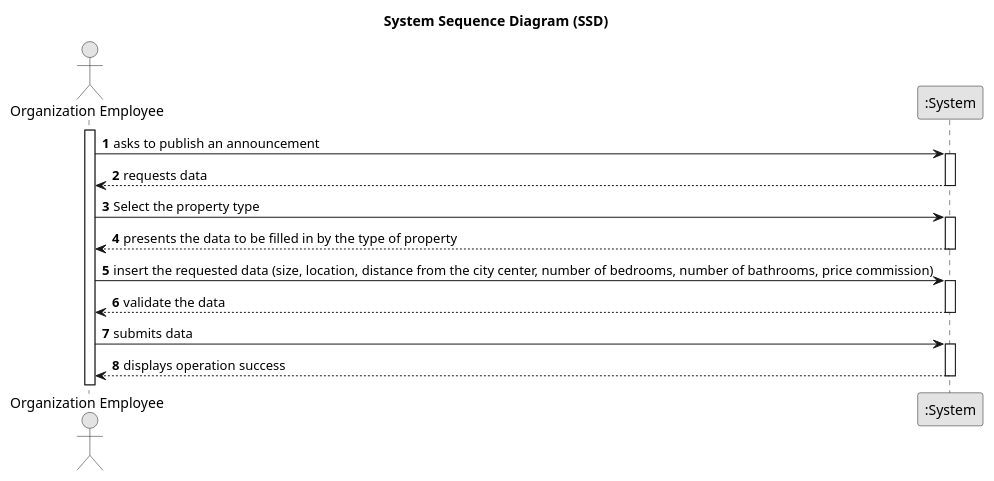
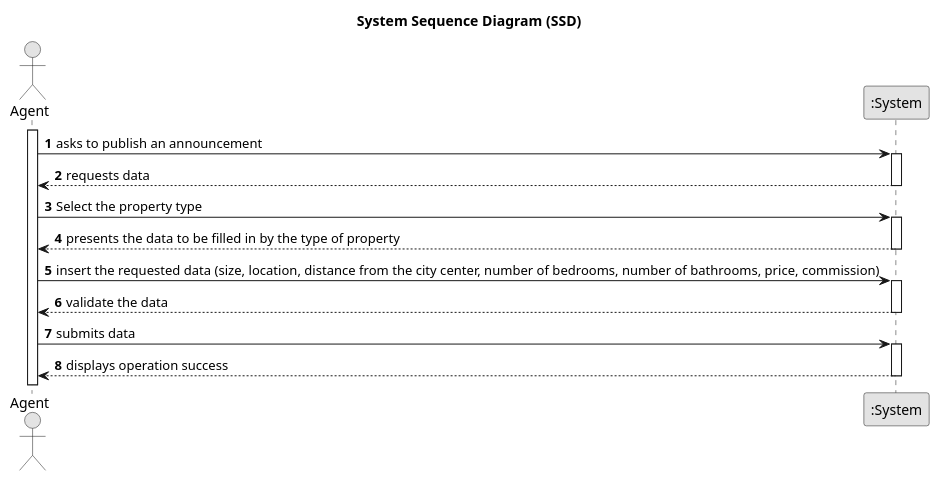
One commit to tiagohcorreia/LAPR2 changed the diagram in docs/sprintB/US02/01.requirements-engineering/puml/US2-SSD.puml. Above: the diagram before and after it, drawn with PlantUML. The commit also changed 4 other files, not shown here.

```diff
--- a/docs/sprintB/US02/01.requirements-engineering/puml/US2-SSD.puml
+++ b/docs/sprintB/US02/01.requirements-engineering/puml/US2-SSD.puml
@@ -1,40 +1,40 @@
 @startuml
 skinparam monochrome true
 skinparam packageStyle rectangle
 skinparam shadowing false
 
 title System Sequence Diagram (SSD)
 
 autonumber
 
-actor "Organization Employee" as Employee
+actor "Agent" as Employee
 participant ":System" as System
 
 activate Employee
 
     Employee -> System : asks to publish an announcement
     activate System
 
         System --> Employee : requests data
     deactivate System
 
     Employee -> System : Select the property type
     activate System
 
         System --> Employee : presents the data to be filled in by the type of property
 
     deactivate System
 
-    Employee -> System : insert the requested data (size, location, distance from the city center, number of bedrooms, number of bathrooms, price commission)
+    Employee -> System : insert the requested data (size, location, distance from the city center, number of bedrooms, number of bathrooms, price, commission)
     activate System
 
         System --> Employee : validate the data
     deactivate System
 
     Employee -> System : submits data
     activate System
 
         System --> Employee : displays operation success
     deactivate System
 
 @enduml
```
